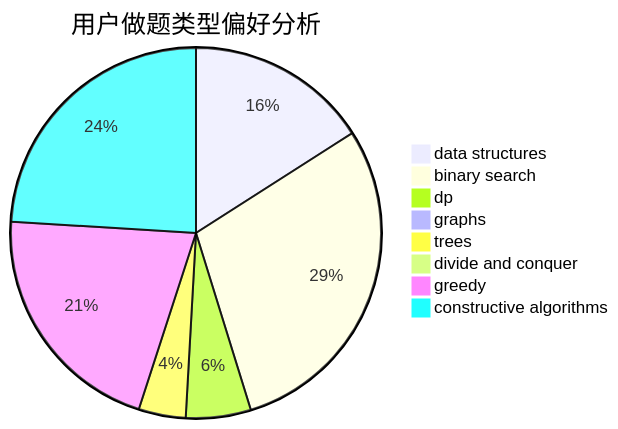
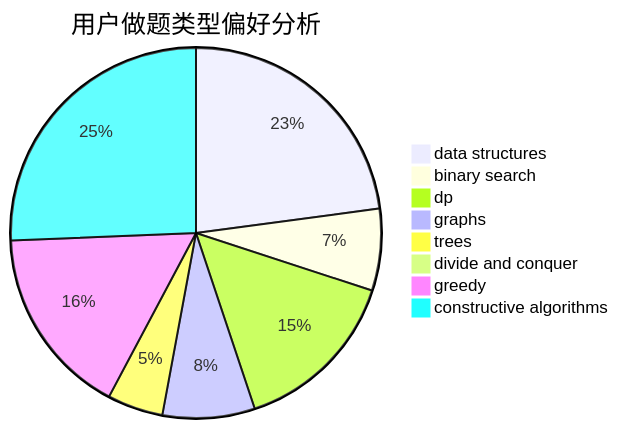
The second of 3 diagrams in docs/user/u499.md (sherpahu/cfrs.github.io), drawn with Mermaid before and after one commit. The commit also changed other lines of this file and 2770 other files, not shown here.

````diff
--- a/docs/user/u499.md
+++ b/docs/user/u499.md
@@ -23,11 +23,11 @@
 ```mermaid
 pie title 用户做题类型偏好分析
-    "data structures" :  225
-    "binary search" :  413
-    "dp" :  80
-    "graphs" :  6
-    "trees" :  58
-    "divide and conquer" :  1
-    "greedy" :  296
-    "constructive algorithms" :  339
+    "data structures" :  381
+    "binary search" :  119
+    "dp" :  247
+    "graphs" :  134
+    "trees" :  81
+    "divide and conquer" :  10
+    "greedy" :  276
+    "constructive algorithms" :  427
 ```
````
